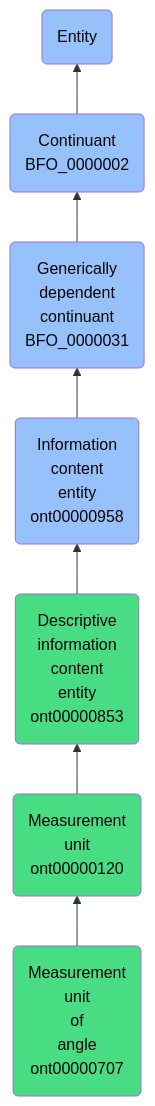
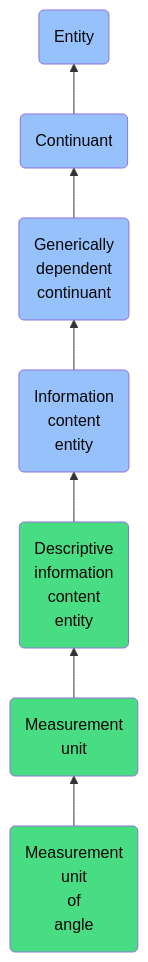
The diagram in docs/ontology/reference/model/Entity/Continuant/Generically dependent continuant/Information content entity/Descriptive information content entity/Measurement unit/Measurement unit of angle/Measurement unit of angle.md (jupyter-naas/abi), drawn with Mermaid before and after one commit. The commit also changed other lines of this file and 1430 other files, not shown here.

````diff
--- a/docs/ontology/reference/model/Entity/Continuant/Generically dependent continuant/Information content entity/Descriptive information content entity/Measurement unit/Measurement unit of angle/Measurement unit of angle.md
+++ b/docs/ontology/reference/model/Entity/Continuant/Generically dependent continuant/Information content entity/Descriptive information content entity/Measurement unit/Measurement unit of angle/Measurement unit of angle.md
@@ -24,14 +24,14 @@
 ```mermaid
 graph BT
-    ont00000707(Measurement<br>unit<br>of<br>angle<br>ont00000707):::ABI-->ont00000120
-    ont00000120(Measurement<br>unit<br>ont00000120):::ABI-->ont00000853
-    ont00000853(Descriptive<br>information<br>content<br>entity<br>ont00000853):::ABI-->ont00000958
-    ont00000958(Information<br>content<br>entity<br>ont00000958):::BFO-->BFO_0000031
-    BFO_0000031(Generically<br>dependent<br>continuant<br>BFO_0000031):::BFO-->BFO_0000002
-    BFO_0000002(Continuant<br>BFO_0000002):::BFO-->BFO_0000001
+    ont00000707(Measurement<br>unit<br>of<br>angle):::ABI-->ont00000120
+    ont00000120(Measurement<br>unit):::ABI-->ont00000853
+    ont00000853(Descriptive<br>information<br>content<br>entity):::ABI-->ont00000958
+    ont00000958(Information<br>content<br>entity):::BFO-->BFO_0000031
+    BFO_0000031(Generically<br>dependent<br>continuant):::BFO-->BFO_0000002
+    BFO_0000002(Continuant):::BFO-->BFO_0000001
     BFO_0000001(Entity):::BFO
     
     classDef BFO fill:#97c1fb,color:#060606
     classDef CCO fill:#e4c51e,color:#060606
     classDef ABI fill:#48DD82,color:#060606
 ```
````
